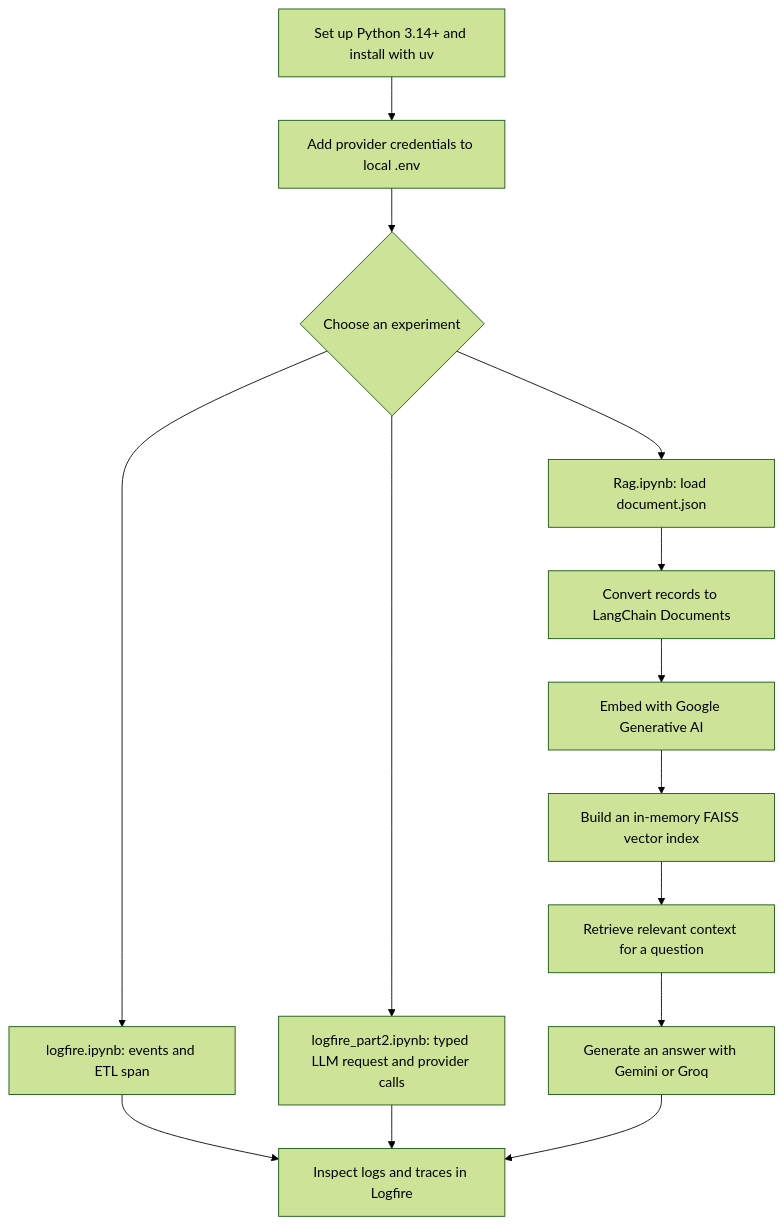
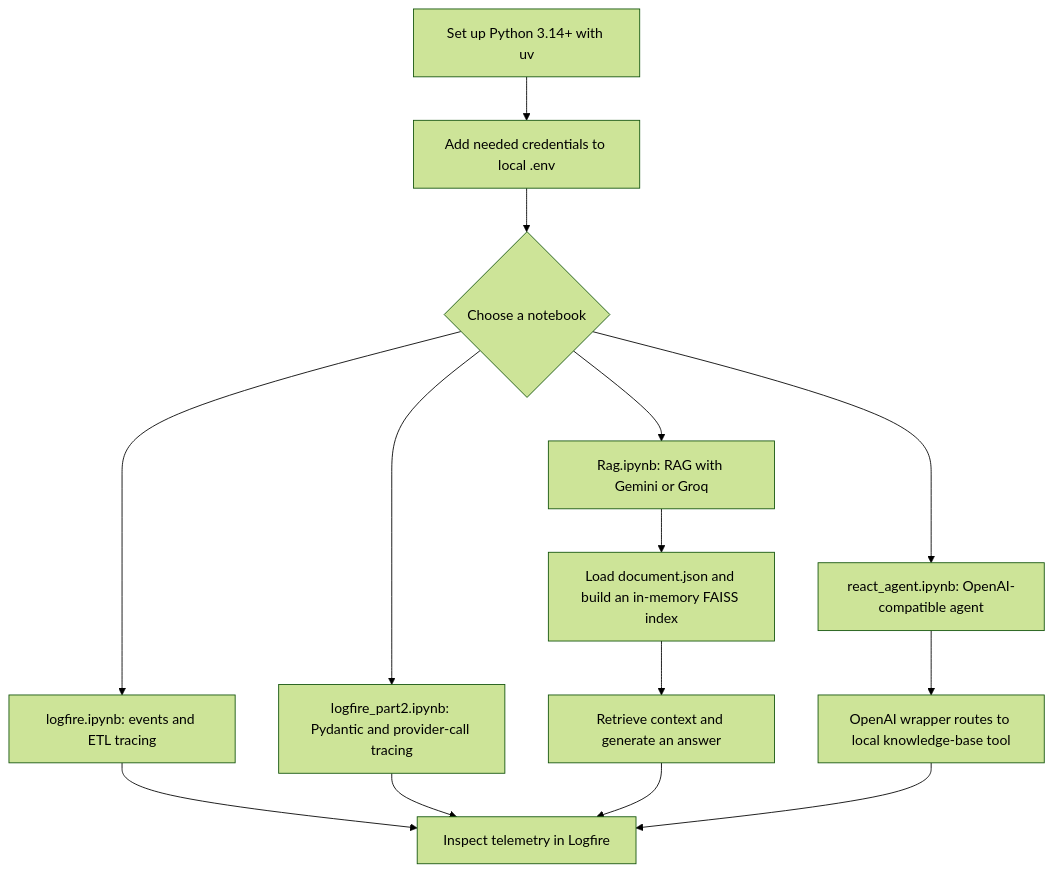
Before and after one commit to syednoormujassum/pydantic_logfire: the diagram in README.md, drawn with Mermaid (forest theme). The commit also changed other lines of this file, not shown here.

````diff
--- a/README.md
+++ b/README.md
@@ -7,16 +7,16 @@
 ```mermaid
 flowchart TD
-   A[Set up Python 3.14+ and install with uv] --> B[Add provider credentials to local .env]
-   B --> C{Choose an experiment}
-   C --> D[logfire.ipynb: events and ETL span]
-   C --> E[logfire_part2.ipynb: typed LLM request and provider calls]
-   C --> F[Rag.ipynb: load document.json]
-   F --> G[Convert records to LangChain Documents]
-   G --> H[Embed with Google Generative AI]
-   H --> I[Build an in-memory FAISS vector index]
-   I --> J[Retrieve relevant context for a question]
-   J --> K[Generate an answer with Gemini or Groq]
-   D --> L[Inspect logs and traces in Logfire]
-   E --> L
-   K --> L
+   A[Set up Python 3.14+ with uv] --> B[Add needed credentials to local .env]
+   B --> C{Choose a notebook}
+   C --> D[logfire.ipynb: events and ETL tracing]
+   C --> E[logfire_part2.ipynb: Pydantic and provider-call tracing]
+   C --> F[Rag.ipynb: RAG with Gemini or Groq]
+   C --> G[react_agent.ipynb: OpenAI-compatible agent]
+   F --> H[Load document.json and build an in-memory FAISS index]
+   H --> I[Retrieve context and generate an answer]
+   G --> J[OpenAI wrapper routes to local knowledge-base tool]
+   D --> K[Inspect telemetry in Logfire]
+   E --> K
+   I --> K
+   J --> K
 ```
````
